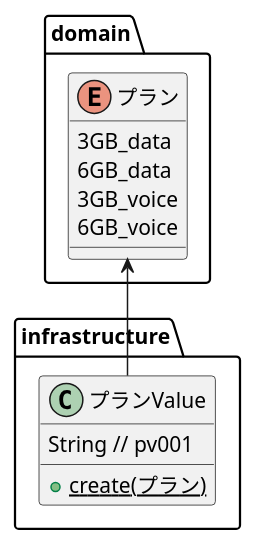
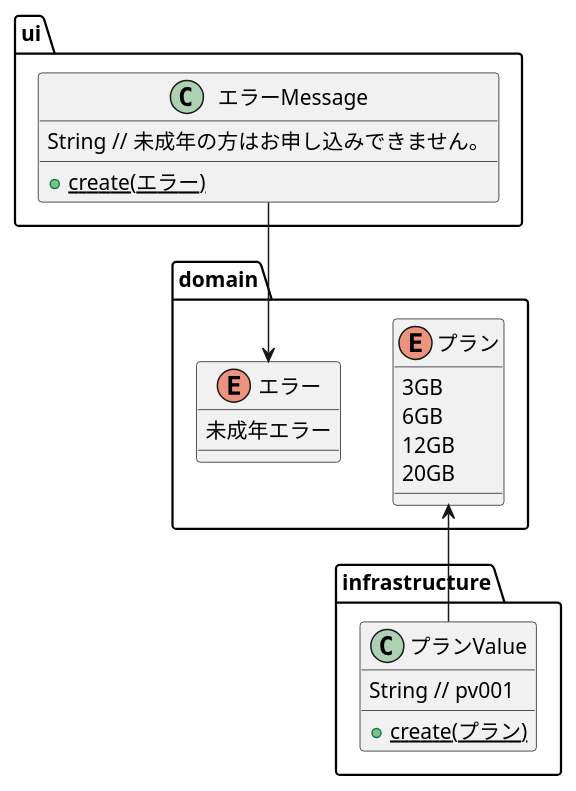
One commit to suzuki-hoge/genbade-ddd-tokyo changed the diagram in 10-plan-after.puml. Above: the diagram before and after it, drawn with PlantUML. The commit also changed 177 other files, not shown here.

```diff
--- a/10-plan-after.puml
+++ b/10-plan-after.puml
@@ -1,21 +1,33 @@
 @startuml
 
 package domain {
+  enum エラー {
+    未成年エラー
+  }
   enum プラン {
-    3GB_data
-    6GB_data
-    3GB_voice
-    6GB_voice
+    3GB
+    6GB
+    12GB
+    20GB
   }
 }
+
+package ui {
+  class エラーMessage {
+    String // 未成年の方はお申し込みできません。
+    + {static} create(エラー)
+  }
+}
+
+エラーMessage -d-> エラー
 
 package infrastructure {
   class プランValue {
     String // pv001
     + {static} create(プラン)
   }
 }
 
 プランValue -u-> プラン
 
 @enduml
```
